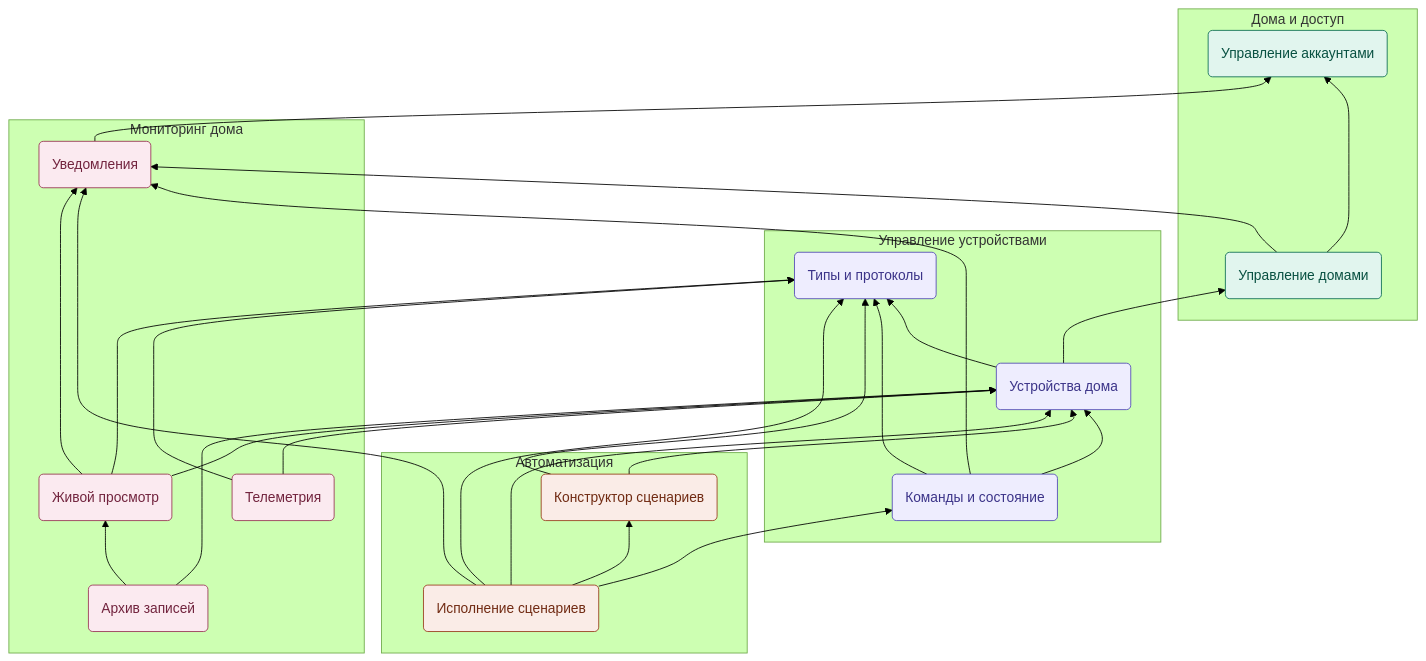
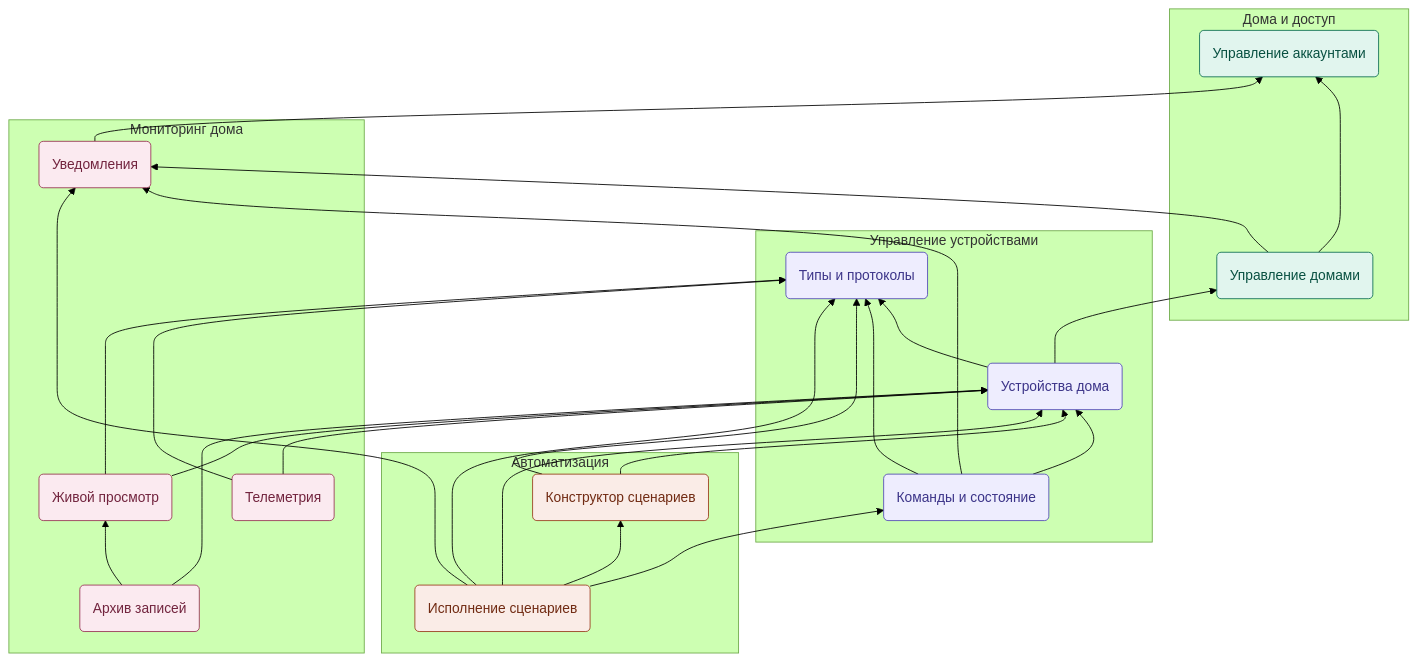
Before and after one commit to KirylNik/architecture-warmhouse: the diagram in README.md, drawn with Mermaid (forest theme). The commit also changed other lines of this file and 24 other files, not shown here.

Commit message:
Задание 2: диаграммы компонентов

````diff
--- a/README.md
+++ b/README.md
@@ -75,52 +75,51 @@
 ```mermaid
 flowchart BT
   subgraph D1["Дома и доступ"]
     ACC("Управление аккаунтами")
     HOM("Управление домами")
   end
   subgraph D2["Управление устройствами"]
     TYP("Типы и протоколы")
     DEV("Устройства дома")
     CMD("Команды и состояние")
   end
   subgraph D3["Автоматизация"]
     CON("Конструктор сценариев")
     EXE("Исполнение сценариев")
   end
   subgraph D4["Мониторинг дома"]
     TEL("Телеметрия")
     LIV("Живой просмотр")
     ARC("Архив записей")
     NOT("Уведомления")
   end
   HOM --> ACC
   HOM --> NOT
   DEV --> HOM
   DEV --> TYP
   CMD --> TYP
   CMD --> DEV
   CMD --> NOT
   CON --> DEV
   CON --> TYP
   EXE --> CON
   EXE --> CMD
   EXE --> DEV
   EXE --> TYP
   EXE --> NOT
   TEL --> TYP
   TEL --> DEV
   LIV --> TYP
   LIV --> DEV
-  LIV --> NOT
   ARC --> LIV
   ARC --> DEV
   NOT --> ACC
   classDef access fill:#E1F5EE,stroke:#0F6E56,color:#085041
   classDef devices fill:#EEEDFE,stroke:#534AB7,color:#3C3489
   classDef automation fill:#FAECE7,stroke:#993C1D,color:#712B13
   classDef monitoring fill:#FBEAF0,stroke:#993556,color:#72243E
   class ACC,HOM access
   class TYP,DEV,CMD devices
   class CON,EXE automation
   class TEL,LIV,ARC,NOT monitoring
 ```
````
